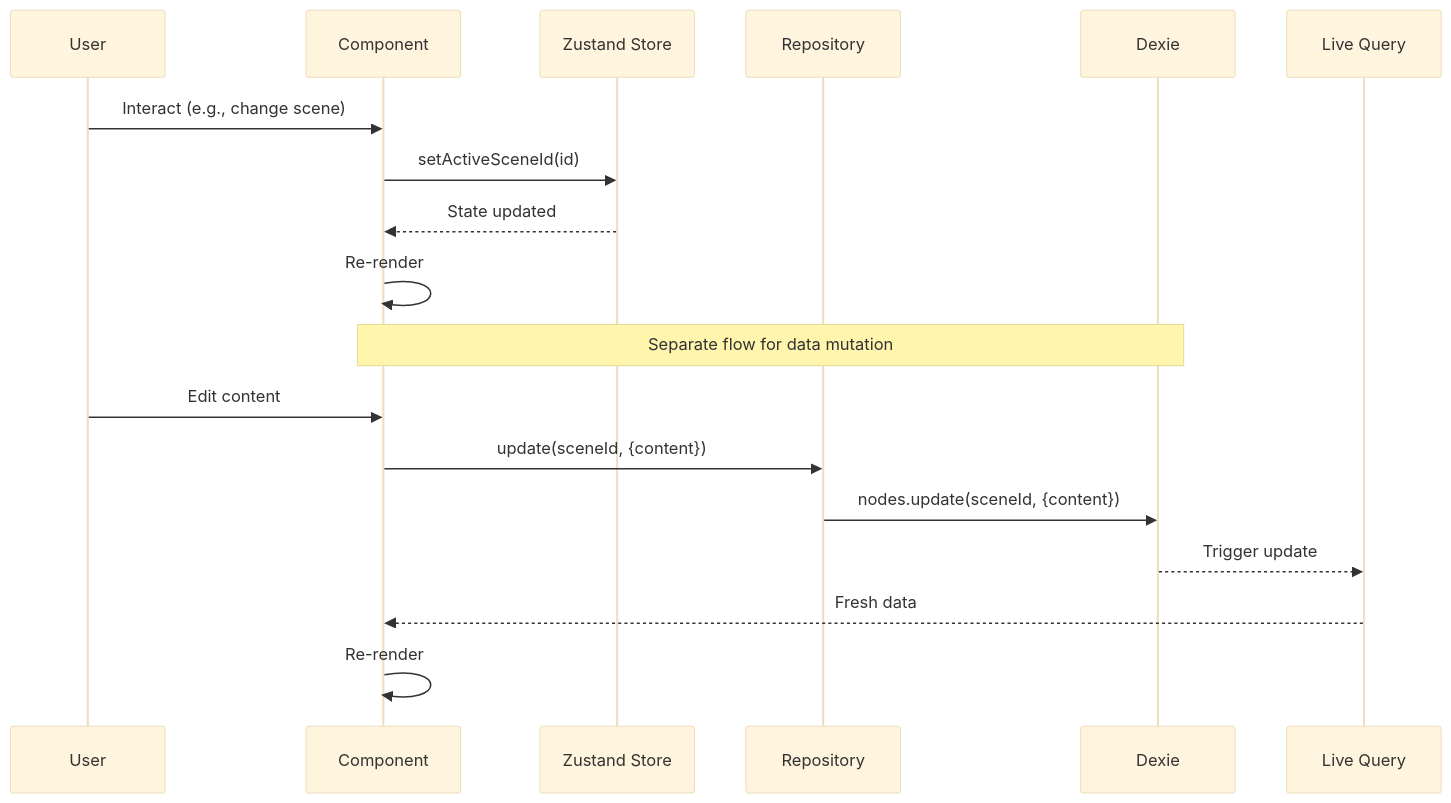
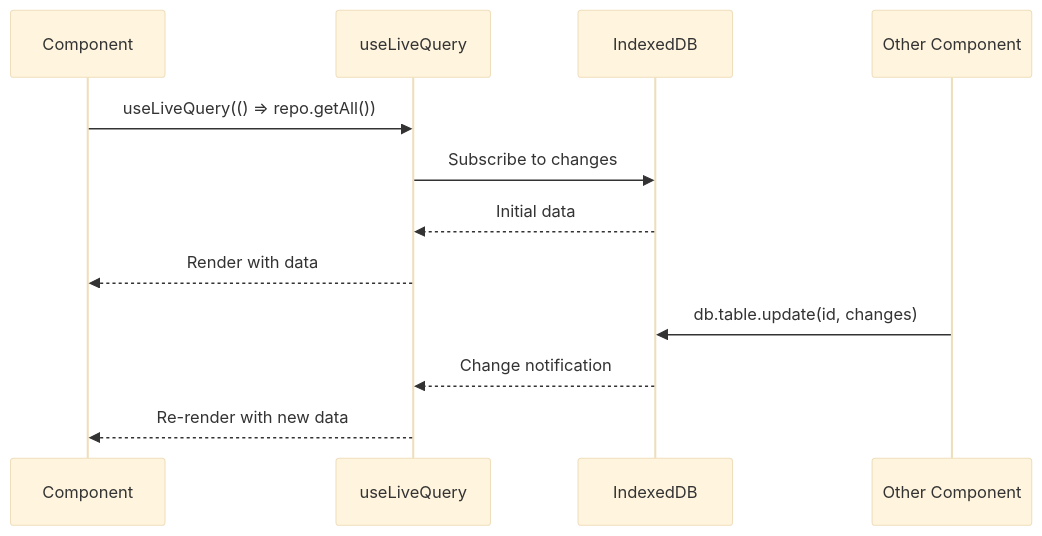
One commit to Sai-Roopesh/becomeAnAuthor changed diagram 18 of 22 in docs/architecture_doc.md. Above: the diagram before and after it, drawn with Mermaid (base theme). The commit also changed other lines of this file and 42 other files, not shown here.

````diff
--- a/docs/architecture_doc.md
+++ b/docs/architecture_doc.md
@@ -630,23 +904,16 @@
 ```mermaid
 sequenceDiagram
-    participant User
     participant Component
-    participant Zustand as Zustand Store
-    participant Repo as Repository
-    participant DB as Dexie
-    participant LiveQuery as Live Query
+    participant LiveQuery as useLiveQuery
+    participant Dexie as IndexedDB
+    participant Other as Other Component
 
-    User->>Component: Interact (e.g., change scene)
-    Component->>Zustand: setActiveSceneId(id)
-    Zustand-->>Component: State updated
-    Component->>Component: Re-render
+    Component->>LiveQuery: useLiveQuery(() => repo.getAll())
+    LiveQuery->>Dexie: Subscribe to changes
+    Dexie-->>LiveQuery: Initial data
+    LiveQuery-->>Component: Render with data
 
-    Note over Component,DB: Separate flow for data mutation
-
-    User->>Component: Edit content
-    Component->>Repo: update(sceneId, {content})
-    Repo->>DB: nodes.update(sceneId, {content})
-    DB-->>LiveQuery: Trigger update
-    LiveQuery-->>Component: Fresh data
-    Component->>Component: Re-render
+    Other->>Dexie: db.table.update(id, changes)
+    Dexie-->>LiveQuery: Change notification
+    LiveQuery-->>Component: Re-render with new data
 ```
````
